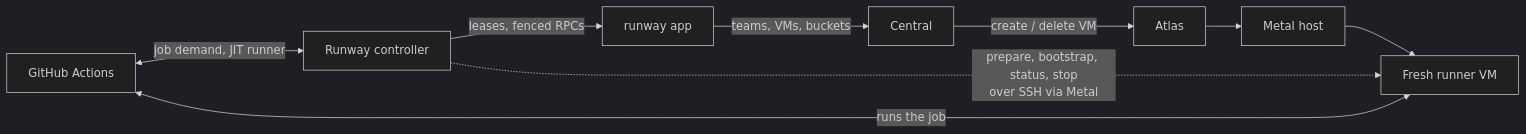
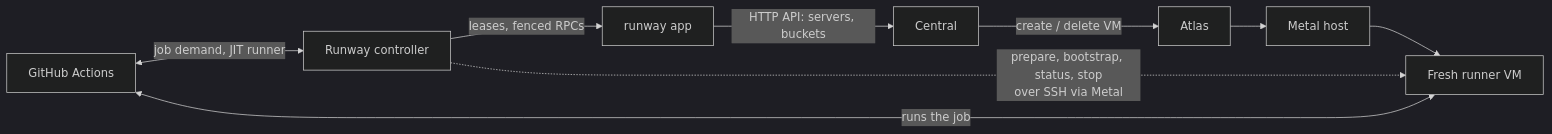
One commit to BreadGenie/runway-controller changed the first of 3 diagrams in docs/architecture.md. Above: the diagram before and after it, drawn with Mermaid (dark theme). The commit also changed other lines of this file, not shown here.

````diff
--- a/docs/architecture.md
+++ b/docs/architecture.md
@@ -9,19 +9,19 @@
 ```mermaid
 flowchart LR
     GH[GitHub Actions]
     C[Runway controller]
     R[runway app]
     CE[Central]
     A[Atlas]
     M[Metal host]
     VM[Fresh runner VM]
 
     GH <-->|job demand, JIT runner| C
     C -->|leases, fenced RPCs| R
-    R -->|teams, VMs, buckets| CE
+    R -->|HTTP API: servers, buckets| CE
     CE -->|create / delete VM| A
     A --> M
     M --> VM
     C -.->|prepare, bootstrap, status, stop<br/>over SSH via Metal| VM
     VM <-->|runs the job| GH
 ```
````
